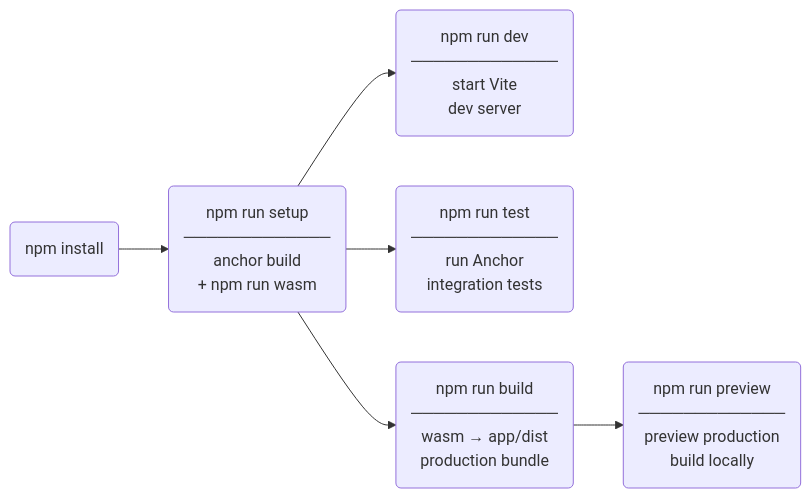
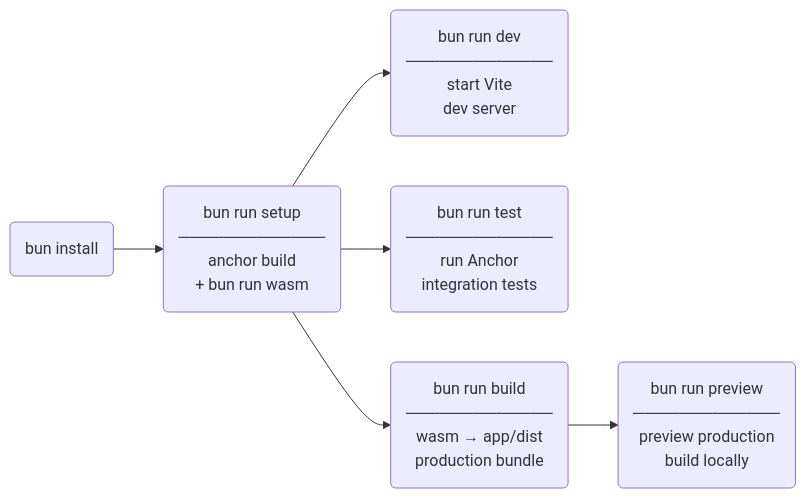
Before and after one commit to calma-labs/calma: the diagram in README.md, drawn with Mermaid. The commit also changed other lines of this file and 79 other files, not shown here.

````diff
--- a/README.md
+++ b/README.md
@@ -7,13 +7,13 @@
 ```mermaid
 flowchart LR
-    I("npm install") -->
-    A("npm run setup\n─────────────\nanchor build\n+ npm run wasm")
+    I("bun install") -->
+    A("bun run setup\n─────────────\nanchor build\n+ bun run wasm")
 
-    A --> B("npm run dev\n─────────────\nstart Vite\ndev server")
+    A --> B("bun run dev\n─────────────\nstart Vite\ndev server")
 
-    A --> C("npm run test\n─────────────\nrun Anchor\nintegration tests")
+    A --> C("bun run test\n─────────────\nrun Anchor\nintegration tests")
 
-    A --> D("npm run build\n─────────────\nwasm → app/dist\nproduction bundle")
+    A --> D("bun run build\n─────────────\nwasm → app/dist\nproduction bundle")
 
-    D --> E("npm run preview\n─────────────\npreview production\nbuild locally")
+    D --> E("bun run preview\n─────────────\npreview production\nbuild locally")
 ```
````
